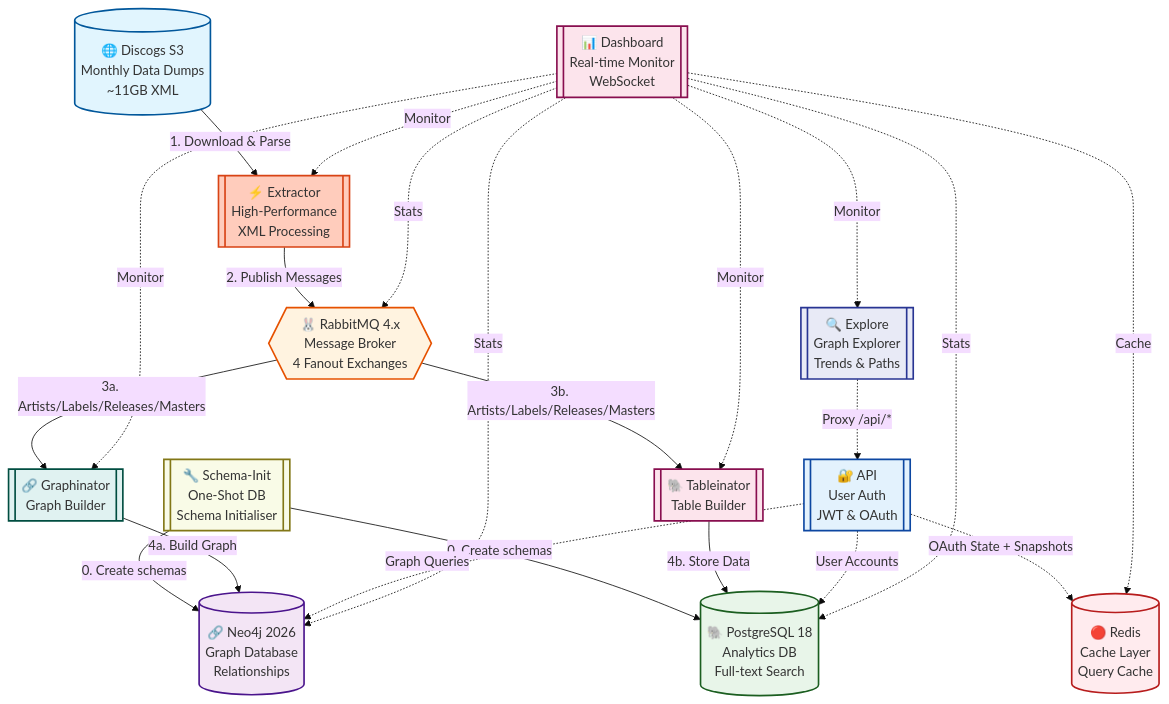
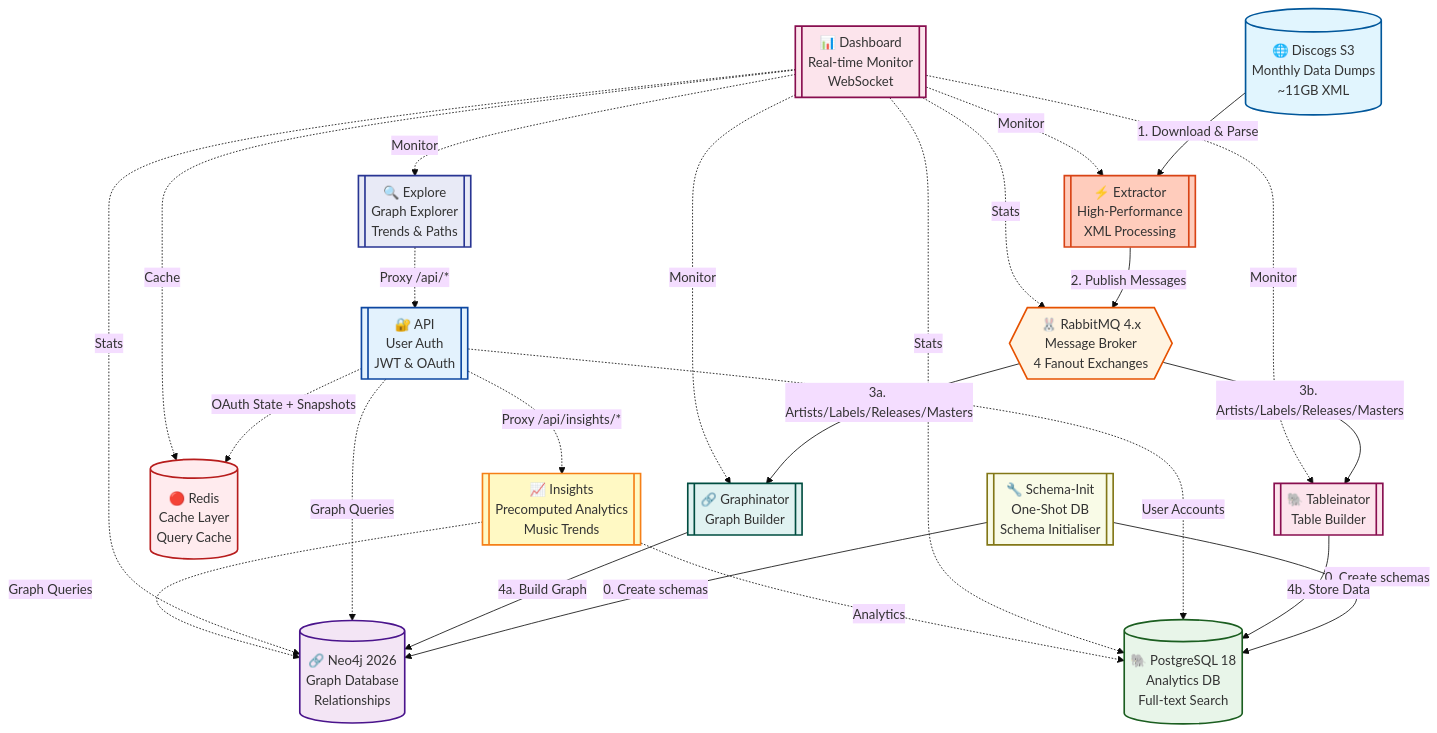
Before and after one commit to groovemap-music/deployment: the first of 2 diagrams in docs/architecture.md, drawn with Mermaid (base theme). The commit also changed other lines of this file and 3 other files, not shown here.

````diff
--- a/docs/architecture.md
+++ b/docs/architecture.md
@@ -40,52 +41,58 @@
 ```mermaid
 graph TD
     S3[("🌐 Discogs S3<br/>Monthly Data Dumps<br/>~11GB XML")]
     EXT[["⚡ Extractor<br/>High-Performance<br/>XML Processing"]]
     SCHEMA[["🔧 Schema-Init<br/>One-Shot DB<br/>Schema Initialiser"]]
     RMQ{{"🐰 RabbitMQ 4.x<br/>Message Broker<br/>4 Fanout Exchanges"}}
     NEO4J[("🔗 Neo4j 2026<br/>Graph Database<br/>Relationships")]
     PG[("🐘 PostgreSQL 18<br/>Analytics DB<br/>Full-text Search")]
     REDIS[("🔴 Redis<br/>Cache Layer<br/>Query Cache")]
     GRAPH[["🔗 Graphinator<br/>Graph Builder"]]
     TABLE[["🐘 Tableinator<br/>Table Builder"]]
     DASH[["📊 Dashboard<br/>Real-time Monitor<br/>WebSocket"]]
     EXPLORE[["🔍 Explore<br/>Graph Explorer<br/>Trends & Paths"]]
     API[["🔐 API<br/>User Auth<br/>JWT & OAuth"]]
+    INSIGHTS[["📈 Insights<br/>Precomputed Analytics<br/>Music Trends"]]
 
     SCHEMA -->|0. Create schemas| NEO4J
     SCHEMA -->|0. Create schemas| PG
     S3 -->|1. Download & Parse| EXT
     EXT -->|2. Publish Messages| RMQ
     RMQ -->|3a. Artists/Labels/Releases/Masters| GRAPH
     RMQ -->|3b. Artists/Labels/Releases/Masters| TABLE
     GRAPH -->|4a. Build Graph| NEO4J
     TABLE -->|4b. Store Data| PG
 
     EXPLORE -.->|Proxy /api/*| API
 
     API -.->|User Accounts| PG
     API -.->|Graph Queries| NEO4J
     API -.->|OAuth State + Snapshots| REDIS
 
     DASH -.->|Monitor| EXT
     DASH -.->|Monitor| GRAPH
     DASH -.->|Monitor| TABLE
     DASH -.->|Monitor| EXPLORE
     DASH -.->|Cache| REDIS
     DASH -.->|Stats| RMQ
     DASH -.->|Stats| NEO4J
     DASH -.->|Stats| PG
 
+    API -.->|Proxy /api/insights/*| INSIGHTS
+    INSIGHTS -.->|Analytics| PG
+    INSIGHTS -.->|Graph Queries| NEO4J
+
     style S3 fill:#e1f5fe,stroke:#01579b,stroke-width:2px
     style EXT fill:#ffccbc,stroke:#d84315,stroke-width:2px
     style SCHEMA fill:#f9fbe7,stroke:#827717,stroke-width:2px
     style RMQ fill:#fff3e0,stroke:#e65100,stroke-width:2px
     style NEO4J fill:#f3e5f5,stroke:#4a148c,stroke-width:2px
     style PG fill:#e8f5e9,stroke:#1b5e20,stroke-width:2px
     style REDIS fill:#ffebee,stroke:#b71c1c,stroke-width:2px
     style DASH fill:#fce4ec,stroke:#880e4f,stroke-width:2px
     style EXPLORE fill:#e8eaf6,stroke:#283593,stroke-width:2px
     style GRAPH fill:#e0f2f1,stroke:#004d40,stroke-width:2px
     style TABLE fill:#fce4ec,stroke:#880e4f,stroke-width:2px
     style API fill:#e3f2fd,stroke:#0d47a1,stroke-width:2px
+    style INSIGHTS fill:#fff9c4,stroke:#f57f17,stroke-width:2px
 ```
````
